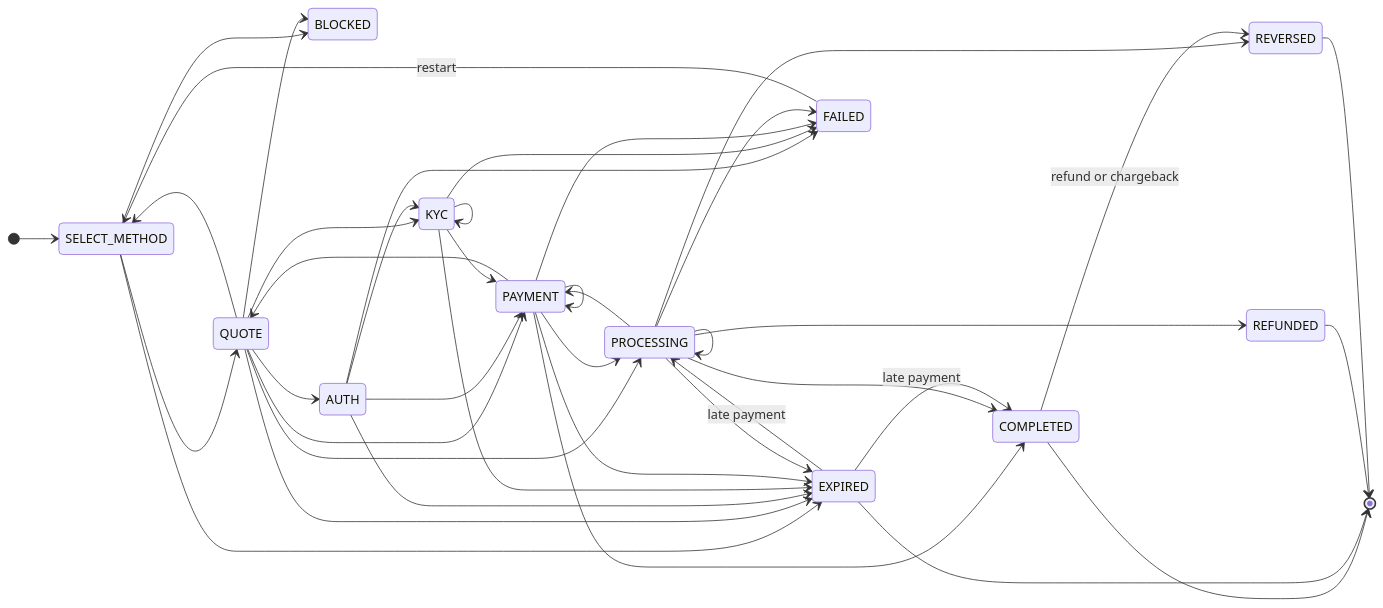
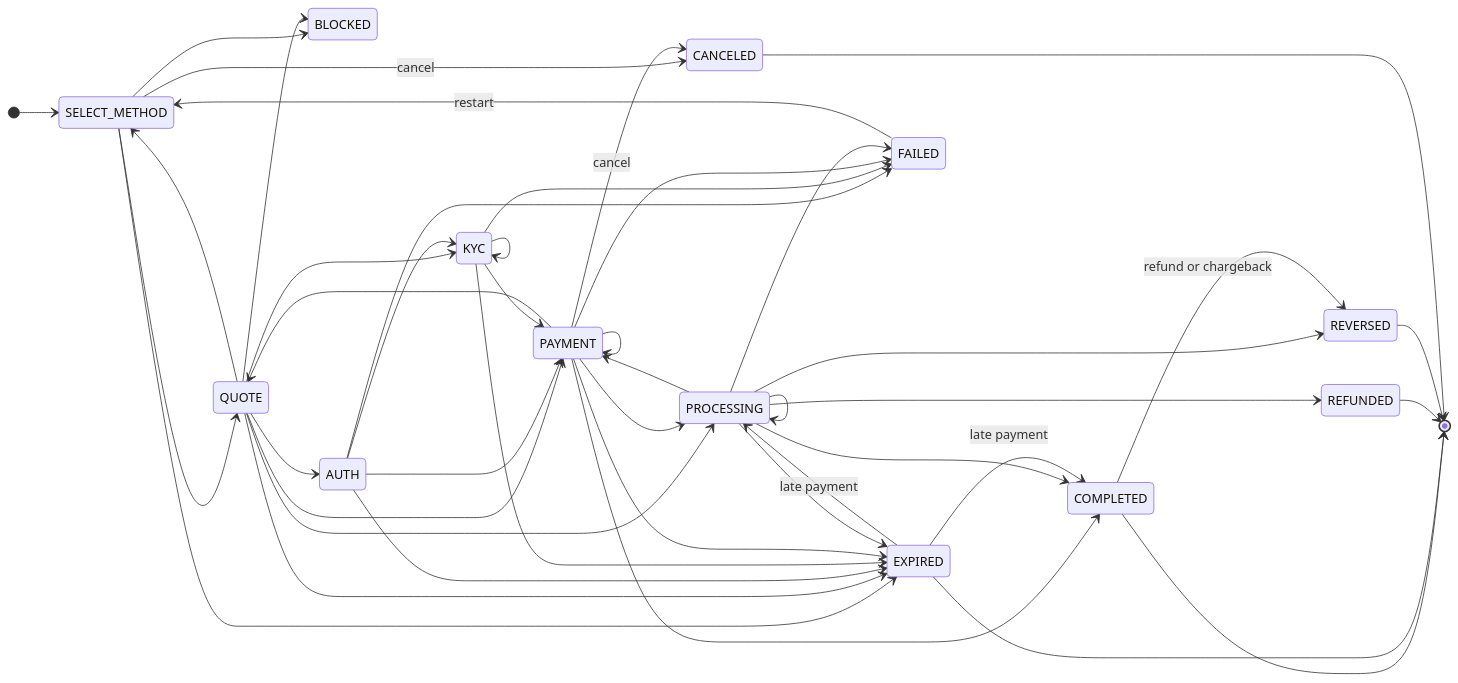
The first of 2 diagrams in docs/concepts/flow.md (yosriady/openrampkit), drawn with Mermaid before and after one commit. The commit also changed 16 other files, not shown here.

````diff
--- a/docs/concepts/flow.md
+++ b/docs/concepts/flow.md
@@ -90,44 +90,47 @@
 ```mermaid
 stateDiagram-v2
   direction LR
   [*] --> SELECT_METHOD
   SELECT_METHOD --> QUOTE
   SELECT_METHOD --> BLOCKED
   SELECT_METHOD --> EXPIRED
   QUOTE --> SELECT_METHOD
   QUOTE --> AUTH
   QUOTE --> KYC
   QUOTE --> PAYMENT
   QUOTE --> PROCESSING
   QUOTE --> BLOCKED
   QUOTE --> EXPIRED
   AUTH --> KYC
   AUTH --> PAYMENT
   AUTH --> FAILED
   AUTH --> EXPIRED
   KYC --> KYC
   KYC --> PAYMENT
   KYC --> FAILED
   KYC --> EXPIRED
   PAYMENT --> PAYMENT
   PAYMENT --> PROCESSING
   PAYMENT --> COMPLETED
   PAYMENT --> FAILED
   PAYMENT --> EXPIRED
   PAYMENT --> QUOTE
   PROCESSING --> PROCESSING
   PROCESSING --> PAYMENT
   PROCESSING --> COMPLETED
   PROCESSING --> FAILED
   PROCESSING --> REFUNDED
   PROCESSING --> REVERSED
   PROCESSING --> EXPIRED
   FAILED --> SELECT_METHOD: restart
+  SELECT_METHOD --> CANCELED: cancel
+  PAYMENT --> CANCELED: cancel
   COMPLETED --> REVERSED: refund or chargeback
   EXPIRED --> PROCESSING: late payment
   EXPIRED --> COMPLETED: late payment
   COMPLETED --> [*]
   EXPIRED --> [*]
   REFUNDED --> [*]
   REVERSED --> [*]
+  CANCELED --> [*]
 ```
````
